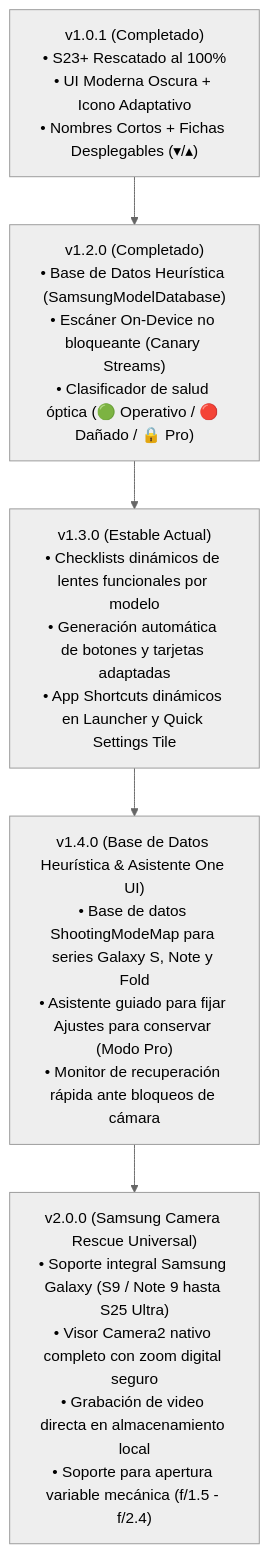
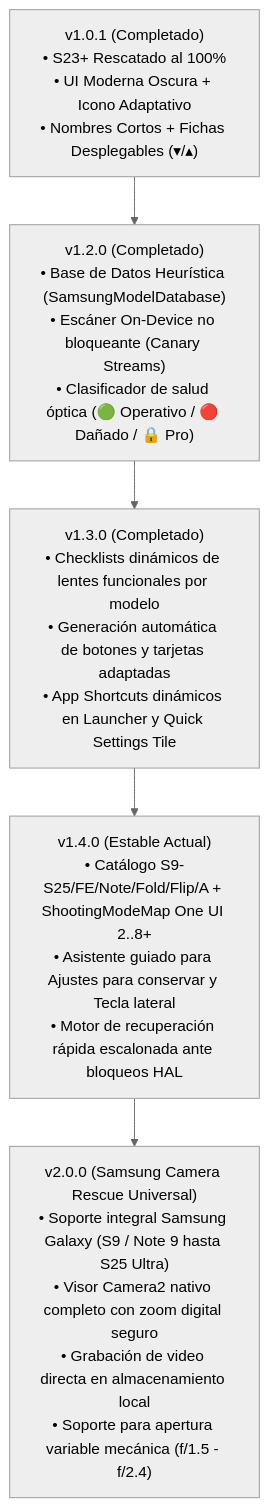
Before and after one commit to benedetto597/camera-rescue: the diagram in docs/ROADMAP.md, drawn with Mermaid (neutral theme). The commit also changed other lines of this file and 4 other files, not shown here.

````diff
--- a/docs/ROADMAP.md
+++ b/docs/ROADMAP.md
@@ -11,17 +11,17 @@
 ```mermaid
 flowchart TD
     v101["v1.0.1 (Completado)<br/>• S23+ Rescatado al 100%<br/>• UI Moderna Oscura + Icono Adaptativo<br/>• Nombres Cortos + Fichas Desplegables (▾/▴)"]
     
     v120["v1.2.0 (Completado)<br/>• Base de Datos Heurística (SamsungModelDatabase)<br/>• Escáner On-Device no bloqueante (Canary Streams)<br/>• Clasificador de salud óptica (🟢 Operativo / 🔴 Dañado / 🔒 Pro)"]
     
-    v130["v1.3.0 (Estable Actual)<br/>• Checklists dinámicos de lentes funcionales por modelo<br/>• Generación automática de botones y tarjetas adaptadas<br/>• App Shortcuts dinámicos en Launcher y Quick Settings Tile"]
+    v130["v1.3.0 (Completado)<br/>• Checklists dinámicos de lentes funcionales por modelo<br/>• Generación automática de botones y tarjetas adaptadas<br/>• App Shortcuts dinámicos en Launcher y Quick Settings Tile"]
     
-    v140["v1.4.0 (Base de Datos Heurística & Asistente One UI)<br/>• Base de datos ShootingModeMap para series Galaxy S, Note y Fold<br/>• Asistente guiado para fijar Ajustes para conservar (Modo Pro)<br/>• Monitor de recuperación rápida ante bloqueos de cámara"]
+    v140["v1.4.0 (Estable Actual)<br/>• Catálogo S9-S25/FE/Note/Fold/Flip/A + ShootingModeMap One UI 2..8+<br/>• Asistente guiado para Ajustes para conservar y Tecla lateral<br/>• Motor de recuperación rápida escalonada ante bloqueos HAL"]
     
     v200["v2.0.0 (Samsung Camera Rescue Universal)<br/>• Soporte integral Samsung Galaxy (S9 / Note 9 hasta S25 Ultra)<br/>• Visor Camera2 nativo completo con zoom digital seguro<br/>• Grabación de video directa en almacenamiento local<br/>• Soporte para apertura variable mecánica (f/1.5 - f/2.4)"]
 
     v101 --> v120
     v120 --> v130
     v130 --> v140
     v140 --> v200
 ```
````
